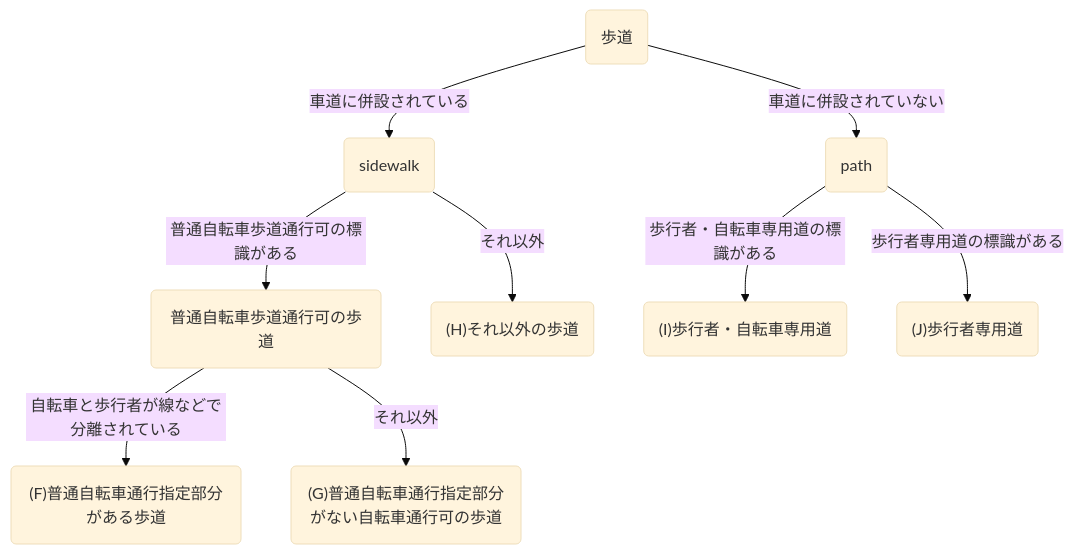
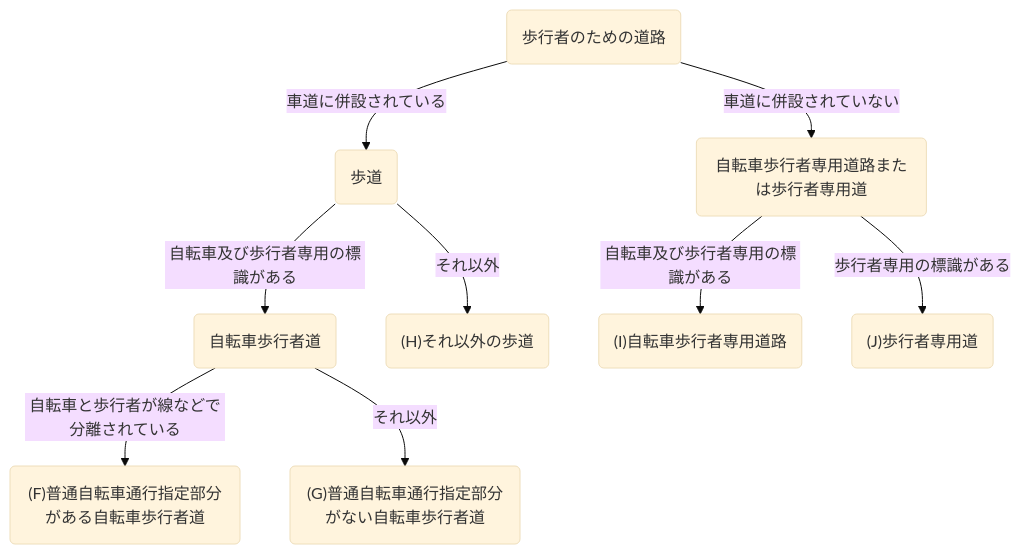
Before and after one commit to LogPiyo/cycling-website: the second of 2 diagrams in src/content/blog/how-to-edit-OSM.md, drawn with Mermaid (base theme). The commit also changed other lines of this file and 4 other files, not shown here.

````diff
--- a/src/content/blog/how-to-edit-OSM.md
+++ b/src/content/blog/how-to-edit-OSM.md
@@ -112,14 +136,14 @@
 ```mermaid
 flowchart TD
-    C(歩道) -->|車道に併設されている| L(sidewalk)
-    C -->|車道に併設されていない| M(path)
+    C(歩行者のための道路) -->|車道に併設されている| L(歩道)
+    C -->|車道に併設されていない| M(自転車歩行者専用道路または歩行者専用道)
 
-    L -->|普通自転車歩道通行可の標識がある| G(普通自転車歩道通行可の歩道)
+    L -->|自転車及び歩行者専用の標識がある| G(自転車歩行者道)
     L -->|それ以外| J("(H)それ以外の歩道")
 
-    G -->|自転車と歩行者が線などで分離されている| H("(F)普通自転車通行指定部分がある歩道")
-    G -->|それ以外| I("(G)普通自転車通行指定部分がない自転車通行可の歩道")
+    G -->|自転車と歩行者が線などで分離されている| H("(F)普通自転車通行指定部分がある自転車歩行者道")
+    G -->|それ以外| I("(G)普通自転車通行指定部分がない自転車歩行者道")
 
-    M -->|歩行者・自転車専用道の標識がある| N("(I)歩行者・自転車専用道")
-    M -->|歩行者専用道の標識がある| O("(J)歩行者専用道")
+    M -->|自転車及び歩行者専用の標識がある| N("(I)自転車歩行者専用道路")
+    M -->|歩行者専用の標識がある| O("(J)歩行者専用道")
 ```
````
